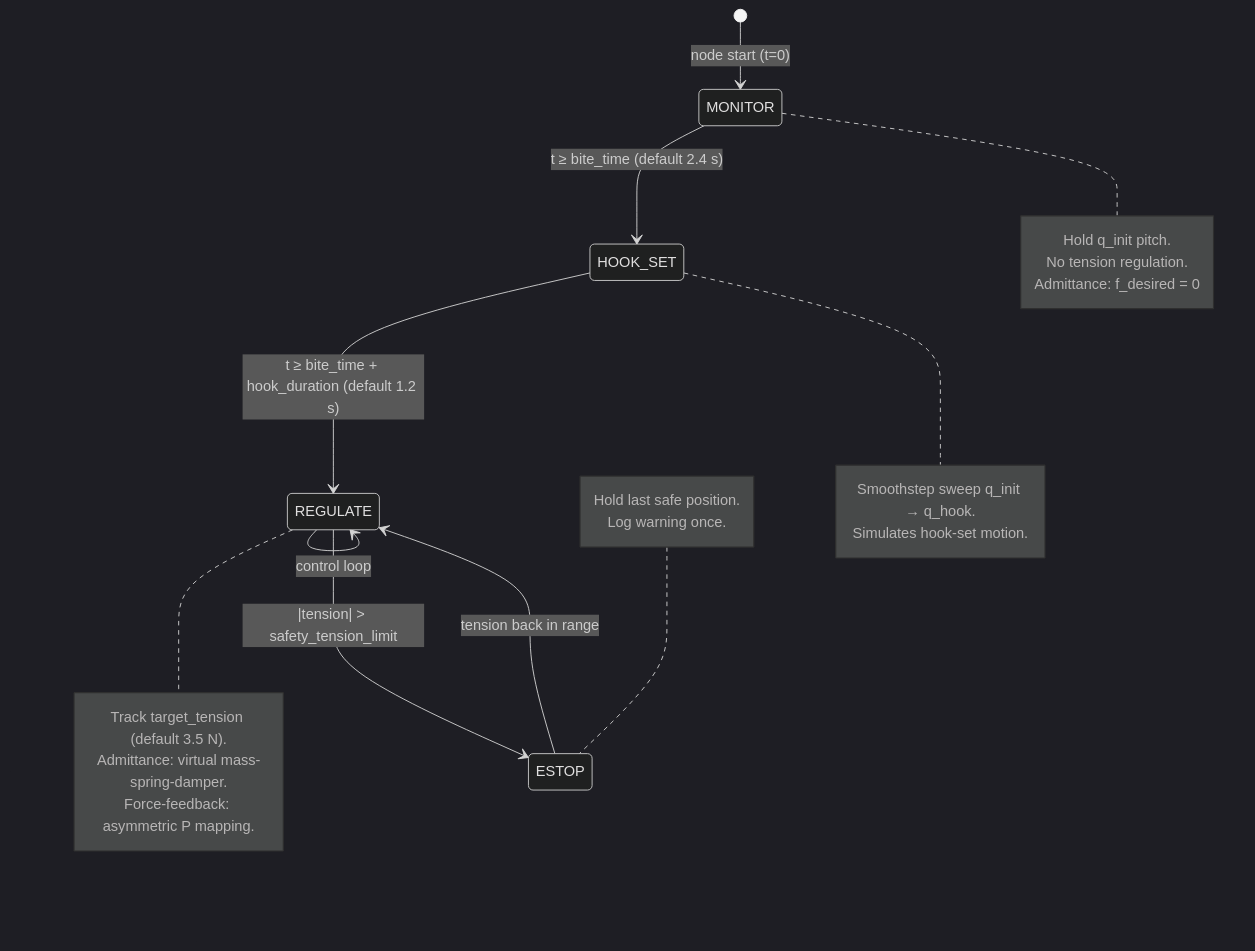
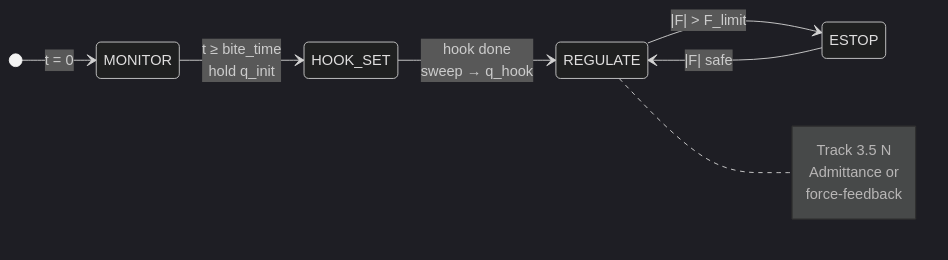
Before and after one commit to nzge/fishing-bot: the diagram in software/docs/_static/diagrams/fishing_state_machine.mmd, drawn with Mermaid (dark theme). The commit also changed 39 other files, not shown here.

```diff
--- a/software/docs/_static/diagrams/fishing_state_machine.mmd
+++ b/software/docs/_static/diagrams/fishing_state_machine.mmd
@@ -1,32 +1,18 @@
-%% Fishing controller state machine (shared by admittance & force-feedback)
+%% Fishing controller state machine (report layout: horizontal, compact)
+%%{init: {'state': {'nodeSpacing': 40, 'rankSpacing': 50}}}%%
 
 stateDiagram-v2
-    [*] --> MONITOR: node start (t=0)
+    direction LR
 
-    MONITOR --> HOOK_SET: t ≥ bite_time (default 2.4 s)
-    note right of MONITOR
-        Hold q_init pitch.
-        No tension regulation.
-        Admittance: f_desired = 0
+    [*] --> MONITOR: t = 0
+
+    MONITOR --> HOOK_SET: t ≥ bite_time<br/>hold q_init
+    HOOK_SET --> REGULATE: hook done<br/>sweep → q_hook
+    REGULATE --> ESTOP: |F| > F_limit
+    ESTOP --> REGULATE: |F| safe
+
+    note right of REGULATE
+        Track 3.5 N
+        Admittance or
+        force-feedback
     end note
-
-    HOOK_SET --> REGULATE: t ≥ bite_time + hook_duration (default 1.2 s)
-    note right of HOOK_SET
-        Smoothstep sweep q_init → q_hook.
-        Simulates hook-set motion.
-    end note
-
-    REGULATE --> REGULATE: control loop
-    note right of REGULATE
-        Track target_tension (default 3.5 N).
-        Admittance: virtual mass-spring-damper.
-        Force-feedback: asymmetric P mapping.
-    end note
-
-    REGULATE --> ESTOP: |tension| > safety_tension_limit
-    note left of ESTOP
-        Hold last safe position.
-        Log warning once.
-    end note
-
-    ESTOP --> REGULATE: tension back in range
```
